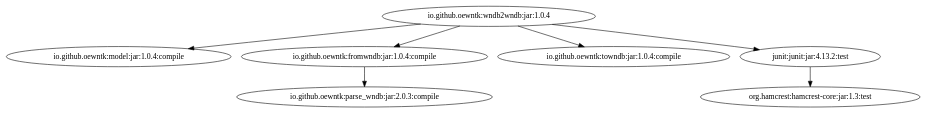
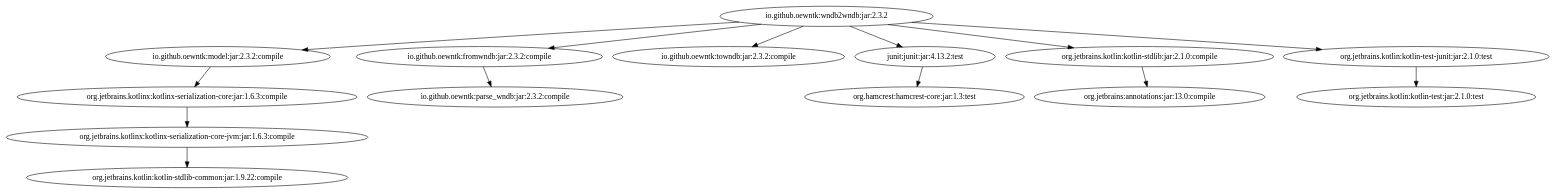
The diagram in images/grind-wndb2wndb.dot (oewntk/grind_wndb2wndb), drawn with Graphviz before and after one commit. The commit also changed 1 other file, not shown here.

```diff
--- a/images/grind-wndb2wndb.dot
+++ b/images/grind-wndb2wndb.dot
@@ -1,8 +1,15 @@
-digraph "io.github.oewntk:wndb2wndb:jar:1.0.4" { 
-	"io.github.oewntk:wndb2wndb:jar:1.0.4" -> "io.github.oewntk:model:jar:1.0.4:compile" ; 
-	"io.github.oewntk:wndb2wndb:jar:1.0.4" -> "io.github.oewntk:fromwndb:jar:1.0.4:compile" ; 
-	"io.github.oewntk:wndb2wndb:jar:1.0.4" -> "io.github.oewntk:towndb:jar:1.0.4:compile" ; 
-	"io.github.oewntk:wndb2wndb:jar:1.0.4" -> "junit:junit:jar:4.13.2:test" ; 
-	"io.github.oewntk:fromwndb:jar:1.0.4:compile" -> "io.github.oewntk:parse_wndb:jar:2.0.3:compile" ; 
+digraph "io.github.oewntk:wndb2wndb:jar:2.3.2" { 
+	"io.github.oewntk:wndb2wndb:jar:2.3.2" -> "io.github.oewntk:model:jar:2.3.2:compile" ; 
+	"io.github.oewntk:wndb2wndb:jar:2.3.2" -> "io.github.oewntk:fromwndb:jar:2.3.2:compile" ; 
+	"io.github.oewntk:wndb2wndb:jar:2.3.2" -> "io.github.oewntk:towndb:jar:2.3.2:compile" ; 
+	"io.github.oewntk:wndb2wndb:jar:2.3.2" -> "junit:junit:jar:4.13.2:test" ; 
+	"io.github.oewntk:wndb2wndb:jar:2.3.2" -> "org.jetbrains.kotlin:kotlin-stdlib:jar:2.1.0:compile" ; 
+	"io.github.oewntk:wndb2wndb:jar:2.3.2" -> "org.jetbrains.kotlin:kotlin-test-junit:jar:2.1.0:test" ; 
+	"io.github.oewntk:model:jar:2.3.2:compile" -> "org.jetbrains.kotlinx:kotlinx-serialization-core:jar:1.6.3:compile" ; 
+	"org.jetbrains.kotlinx:kotlinx-serialization-core:jar:1.6.3:compile" -> "org.jetbrains.kotlinx:kotlinx-serialization-core-jvm:jar:1.6.3:compile" ; 
+	"org.jetbrains.kotlinx:kotlinx-serialization-core-jvm:jar:1.6.3:compile" -> "org.jetbrains.kotlin:kotlin-stdlib-common:jar:1.9.22:compile" ; 
+	"io.github.oewntk:fromwndb:jar:2.3.2:compile" -> "io.github.oewntk:parse_wndb:jar:2.3.2:compile" ; 
 	"junit:junit:jar:4.13.2:test" -> "org.hamcrest:hamcrest-core:jar:1.3:test" ; 
+	"org.jetbrains.kotlin:kotlin-stdlib:jar:2.1.0:compile" -> "org.jetbrains:annotations:jar:13.0:compile" ; 
+	"org.jetbrains.kotlin:kotlin-test-junit:jar:2.1.0:test" -> "org.jetbrains.kotlin:kotlin-test:jar:2.1.0:test" ; 
  } 
```
